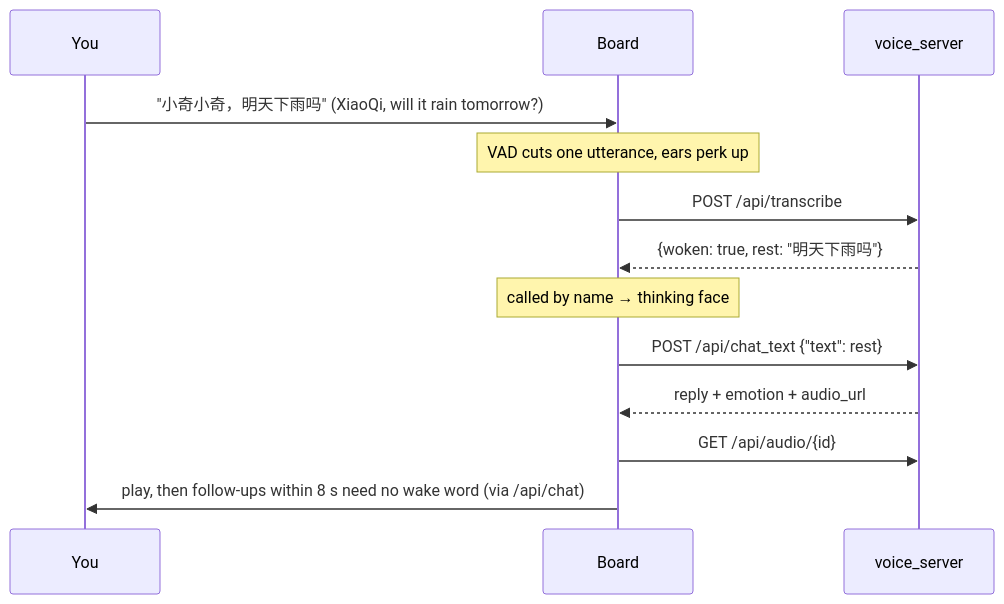
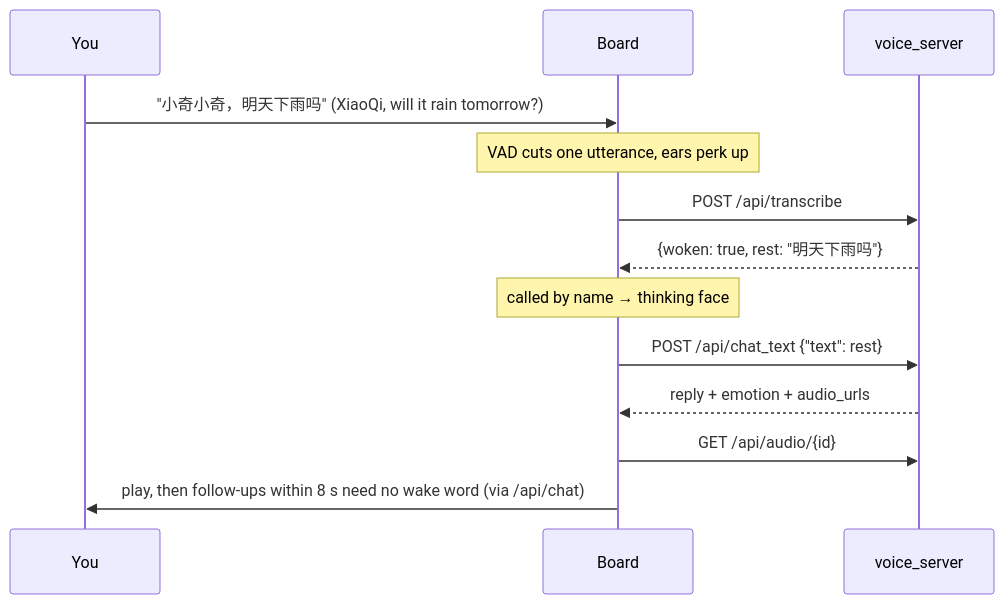
One commit to syu-lk4b/esp32-chatbot-local changed the third of 3 diagrams in docs/en/architecture.md. Above: the diagram before and after it, drawn with Mermaid. The commit also changed other lines of this file and 6 other files, not shown here.

````diff
--- a/docs/en/architecture.md
+++ b/docs/en/architecture.md
@@ -61,15 +61,15 @@
 ```mermaid
 sequenceDiagram
   participant U as You
   participant B as Board
   participant S as voice_server
   U->>B: "小奇小奇，明天下雨吗" (XiaoQi, will it rain tomorrow?)
   Note over B: VAD cuts one utterance, ears perk up
   B->>S: POST /api/transcribe
   S-->>B: {woken: true, rest: "明天下雨吗"}
   Note over B: called by name → thinking face
   B->>S: POST /api/chat_text {"text": rest}
-  S-->>B: reply + emotion + audio_url
+  S-->>B: reply + emotion + audio_urls
   B->>S: GET /api/audio/{id}
   B->>U: play, then follow-ups within 8 s need no wake word (via /api/chat)
 ```
````
